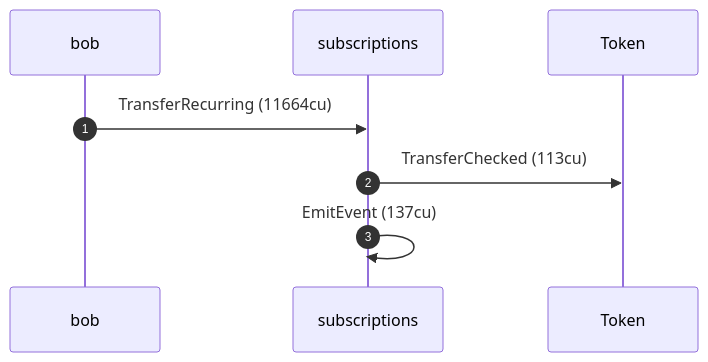
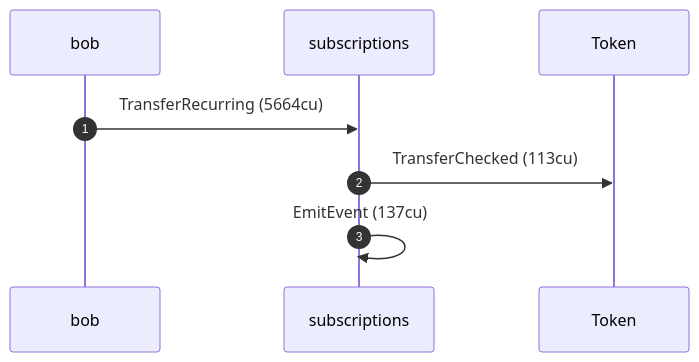
Before and after one commit to cds-rs/subscriptions: the ninth of 12 diagrams in dsl_tests/recurring-transfer-before-the-start-time-is-refused.md, drawn with Mermaid. The commit also changed other lines of this file and 224 other files, not shown here.

````diff
--- a/dsl_tests/recurring-transfer-before-the-start-time-is-refused.md
+++ b/dsl_tests/recurring-transfer-before-the-start-time-is-refused.md
@@ -206,10 +216,10 @@
 ```mermaid
 sequenceDiagram
     autonumber
     participant bob
     participant subscriptions
     participant Token
-    bob ->> subscriptions: TransferRecurring (11664cu)
+    bob ->> subscriptions: TransferRecurring (5664cu)
     subscriptions ->> Token: TransferChecked (113cu)
     subscriptions ->> subscriptions: EmitEvent (137cu)
 ```
````
